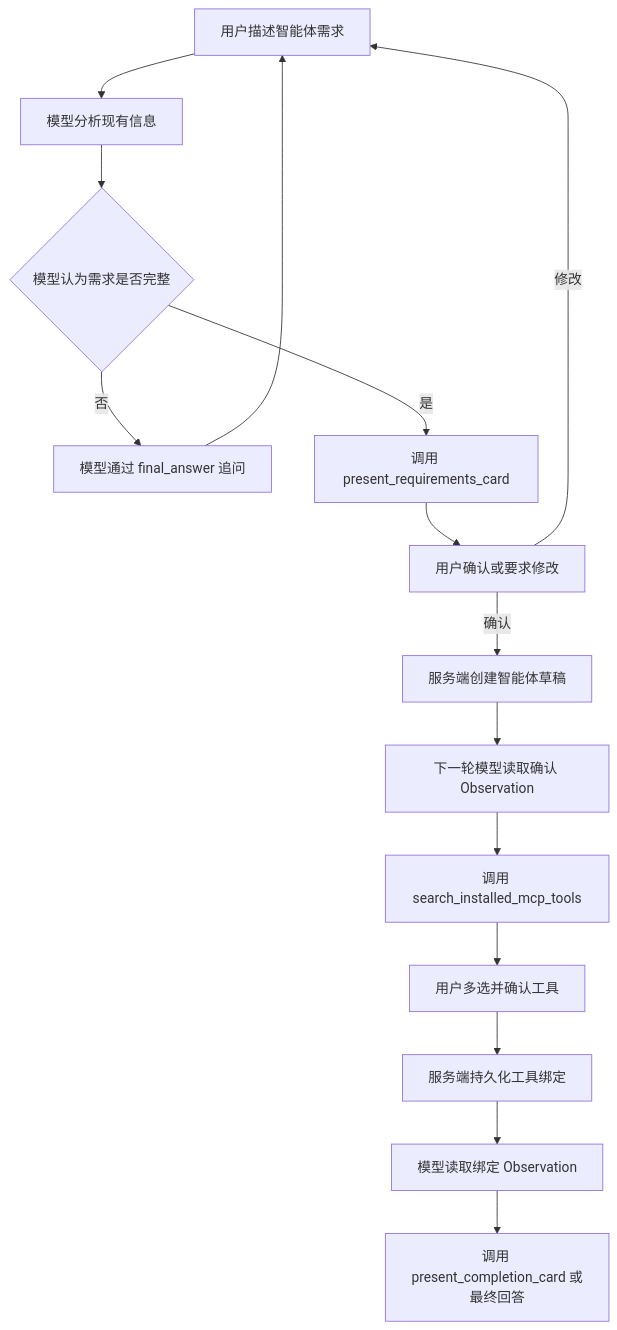
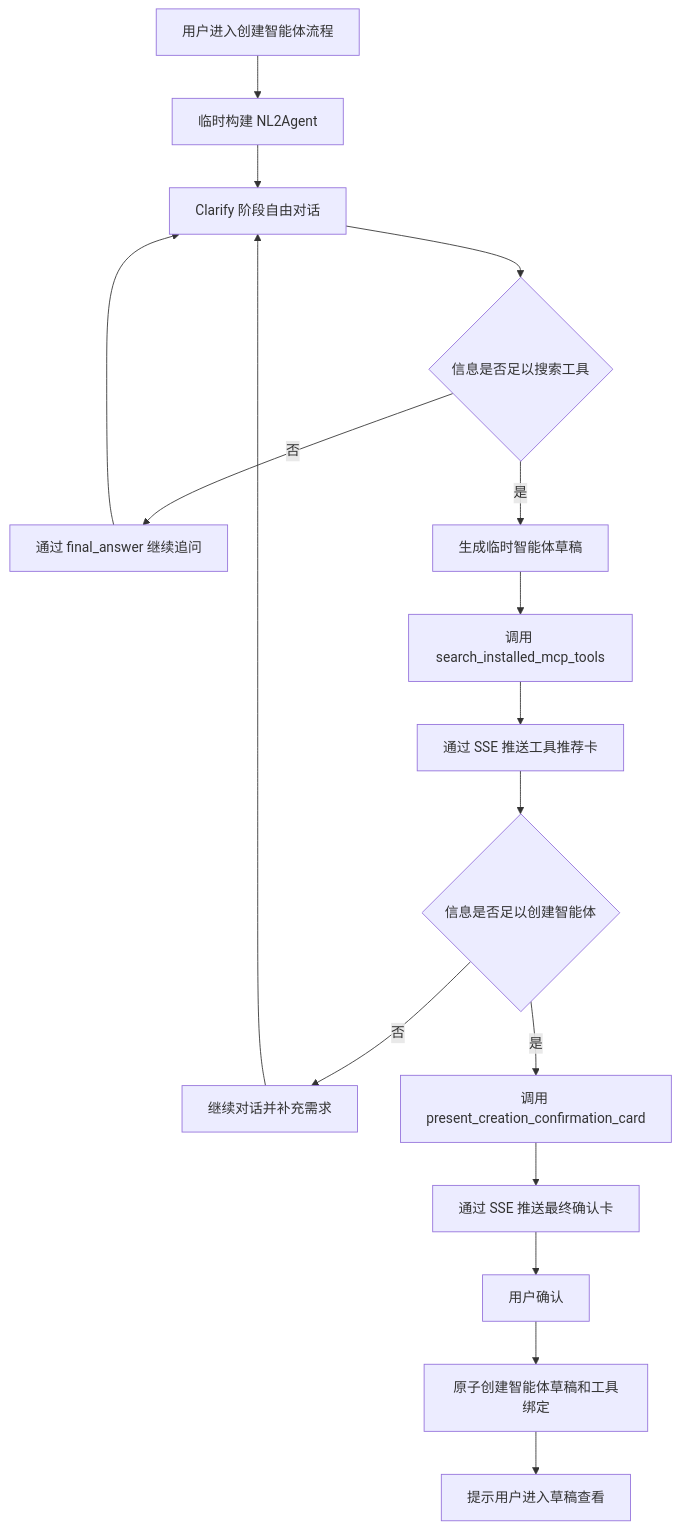
Before and after one commit to ModelEngine-Group/nexent: the diagram in doc/nl2agent-design-zh.md, drawn with Mermaid. The commit also changed other lines of this file and 1 other file, not shown here.

Commit message:
📝 Docs: Redesign NL2Agent as ephemeral agent

````diff
--- a/doc/nl2agent-design-zh.md
+++ b/doc/nl2agent-design-zh.md
@@ -64,17 +76,19 @@
 ```mermaid
 flowchart TD
-    A[用户描述智能体需求] --> B[模型分析现有信息]
-    B --> C{模型认为需求是否完整}
-    C -- 否 --> D[模型通过 final_answer 追问]
-    D --> A
-    C -- 是 --> E[调用 present_requirements_card]
-    E --> F[用户确认或要求修改]
-    F -- 修改 --> A
-    F -- 确认 --> G[服务端创建智能体草稿]
-    G --> H[下一轮模型读取确认 Observation]
-    H --> I[调用 search_installed_mcp_tools]
-    I --> J[用户多选并确认工具]
-    J --> K[服务端持久化工具绑定]
-    K --> L[模型读取绑定 Observation]
-    L --> M[调用 present_completion_card 或最终回答]
+    A[用户进入创建智能体流程] --> B[临时构建 NL2Agent]
+    B --> C[Clarify 阶段自由对话]
+    C --> D{信息是否足以搜索工具}
+    D -- 否 --> E[通过 final_answer 继续追问]
+    E --> C
+    D -- 是 --> F[生成临时智能体草稿]
+    F --> G[调用 search_installed_mcp_tools]
+    G --> H[通过 SSE 推送工具推荐卡]
+    H --> I{信息是否足以创建智能体}
+    I -- 否 --> J[继续对话并补充需求]
+    J --> C
+    I -- 是 --> K[调用 present_creation_confirmation_card]
+    K --> L[通过 SSE 推送最终确认卡]
+    L --> M[用户确认]
+    M --> N[原子创建智能体草稿和工具绑定]
+    N --> O[提示用户进入草稿查看]
 ```
````
